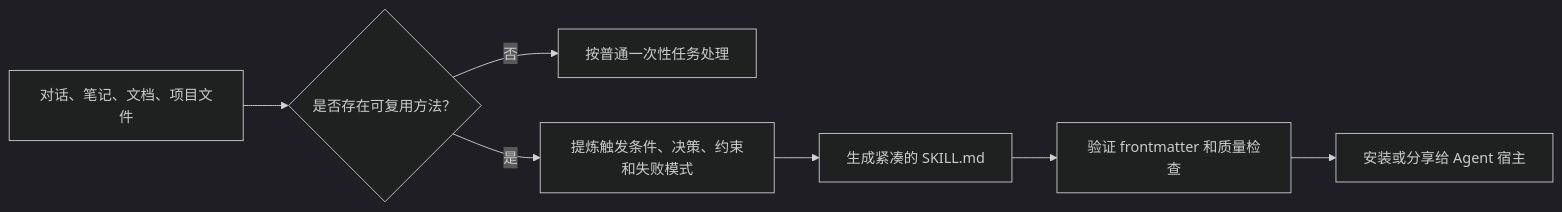
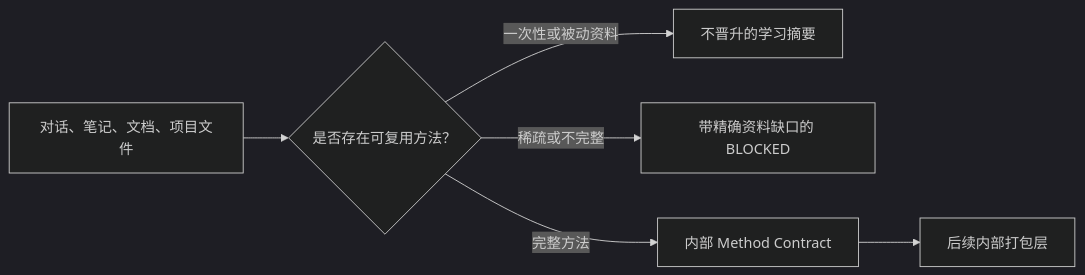
One commit to LightDevCoder/learn-anything changed the diagram in README.zh-CN.md. Above: the diagram before and after it, drawn with Mermaid (dark theme). The commit also changed other lines of this file and 10 other files, not shown here.

````diff
--- a/README.zh-CN.md
+++ b/README.zh-CN.md
@@ -100,9 +101,8 @@
 ```mermaid
 flowchart LR
     A["对话、笔记、文档、项目文件"] --> B{"是否存在可复用方法？"}
-    B -->|"否"| C["按普通一次性任务处理"]
-    B -->|"是"| D["提炼触发条件、决策、约束和失败模式"]
-    D --> E["生成紧凑的 SKILL.md"]
-    E --> F["验证 frontmatter 和质量检查"]
-    F --> G["安装或分享给 Agent 宿主"]
+    B -->|"一次性或被动资料"| C["不晋升的学习摘要"]
+    B -->|"稀疏或不完整"| D["带精确资料缺口的 BLOCKED"]
+    B -->|"完整方法"| E["内部 Method Contract"]
+    E --> F["后续内部打包层"]
 ```
````
